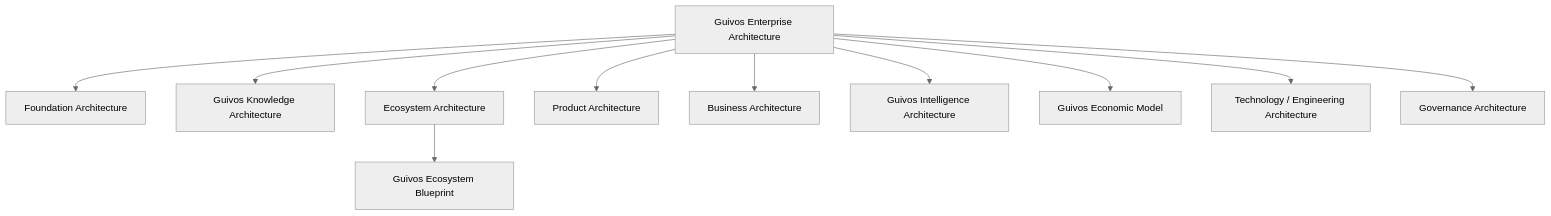
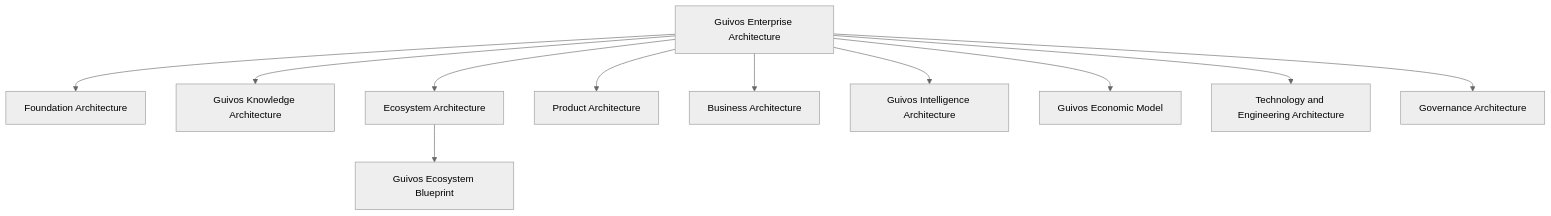
Before and after one commit to guivos-repositorio/Guivos-Knowledge-Repository: the second of 2 diagrams in docs/enterprise-architecture/index.md, drawn with Mermaid (neutral theme). The commit also changed other lines of this file, not shown here.

````diff
--- a/docs/enterprise-architecture/index.md
+++ b/docs/enterprise-architecture/index.md
@@ -85,14 +94,14 @@
 ```mermaid
 graph TD
     GEA[Guivos Enterprise Architecture]
     GEA --> FA[Foundation Architecture]
     GEA --> GKA[Guivos Knowledge Architecture]
     GEA --> EA[Ecosystem Architecture]
     GEA --> PA[Product Architecture]
     GEA --> BA[Business Architecture]
     GEA --> GIA[Guivos Intelligence Architecture]
     GEA --> EM[Guivos Economic Model]
-    GEA --> TA[Technology / Engineering Architecture]
+    GEA --> TA[Technology and Engineering Architecture]
     GEA --> GA[Governance Architecture]
     EA --> GEB[Guivos Ecosystem Blueprint]
 ```
````
